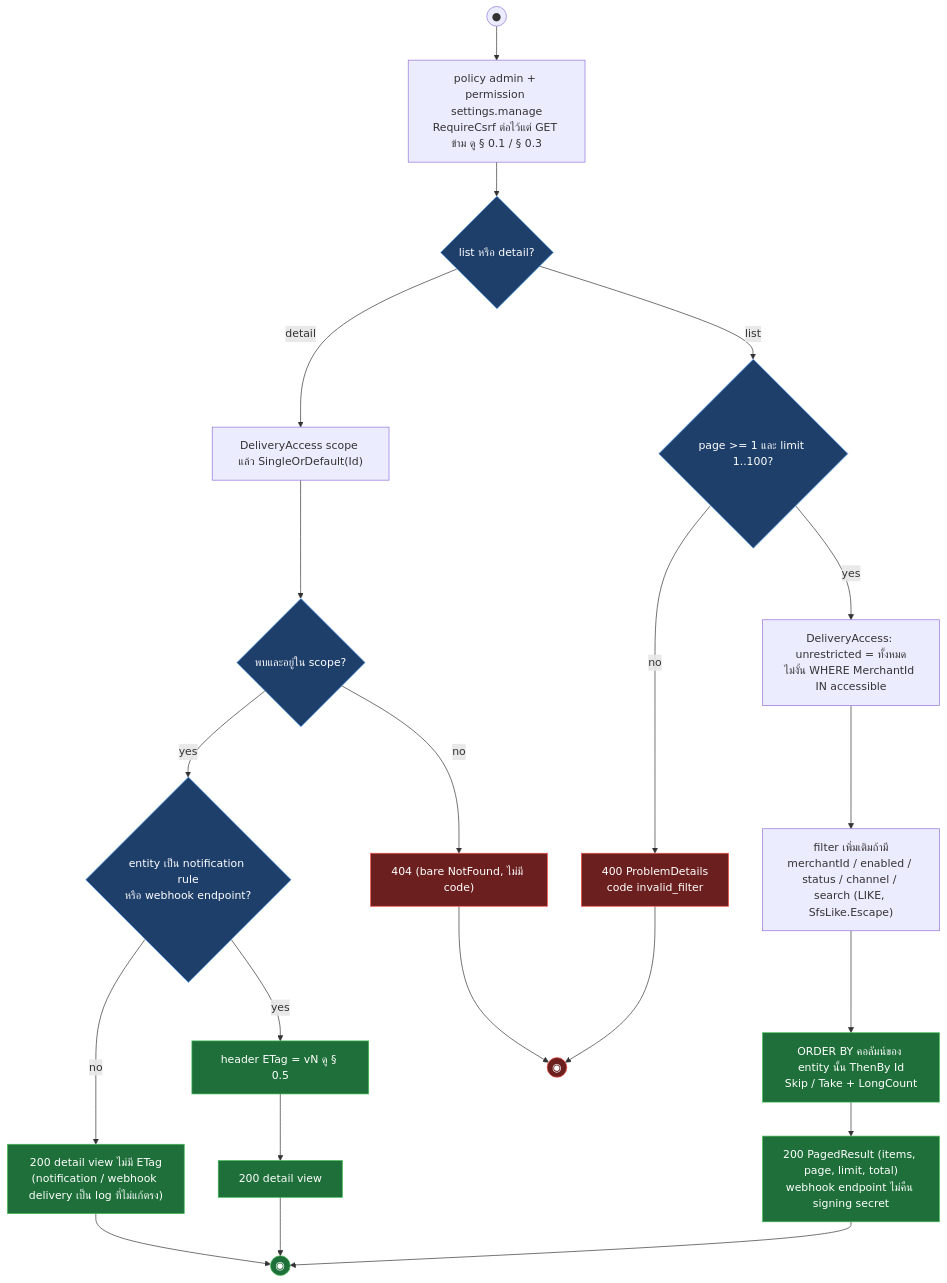
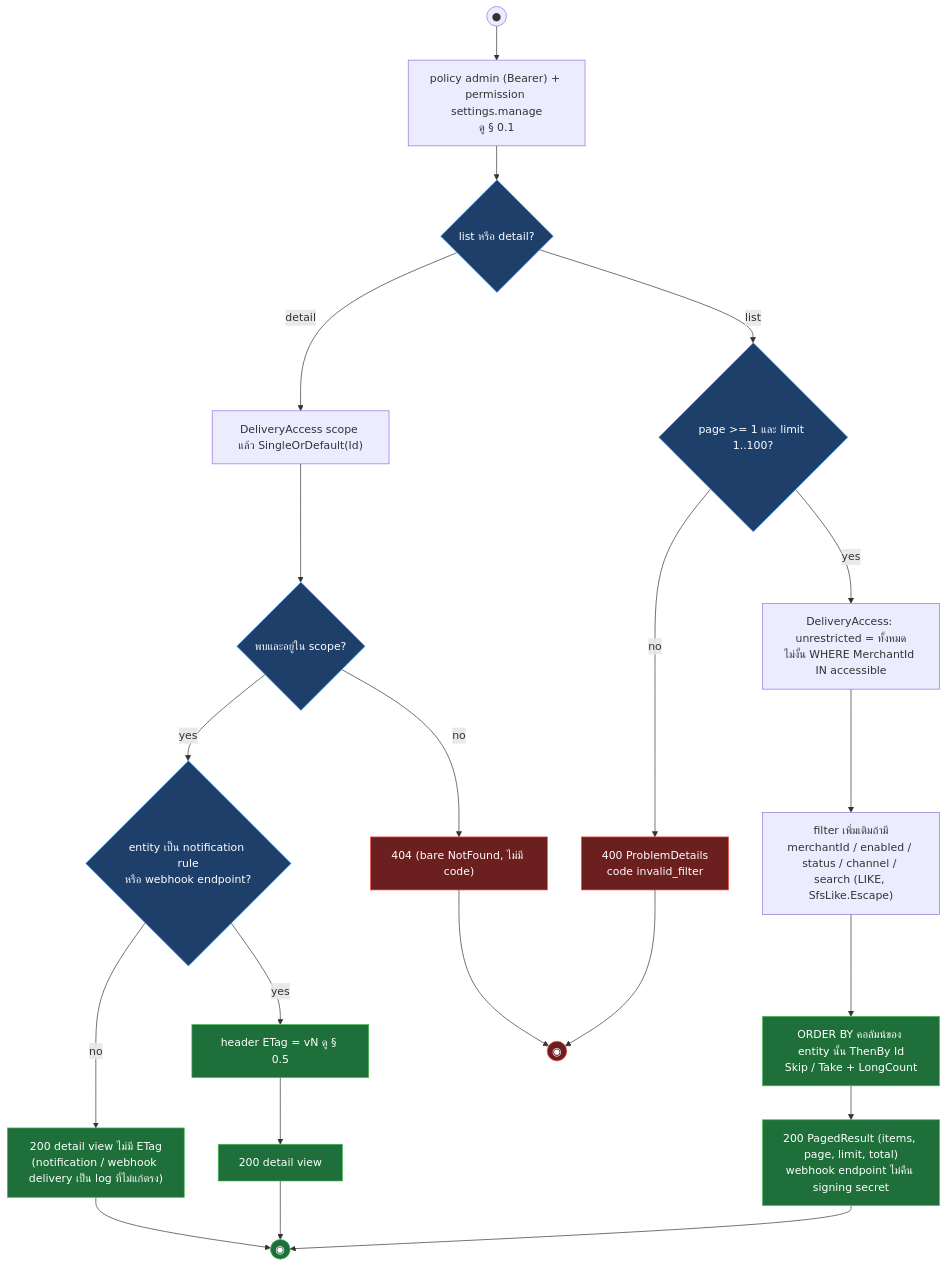
Before and after one commit to metrodiesign/pol-core: the first of 9 diagrams in outputs/diagrams/2026-09-14_api-endpoints_v1/13-notifications-outbound-webhooks.activities.md, drawn with Mermaid. The commit also changed other lines of this file and 42 other files, not shown here.

First line of the commit message:
docs: align reference docs and the API diagram set with the Bearer-only admin plane

````diff
--- a/outputs/diagrams/2026-09-14_api-endpoints_v1/13-notifications-outbound-webhooks.activities.md
+++ b/outputs/diagrams/2026-09-14_api-endpoints_v1/13-notifications-outbound-webhooks.activities.md
@@ -25,30 +25,30 @@
 ```mermaid
 flowchart TD
-    START((●)) --> GATE["policy admin + permission settings.manage<br/>RequireCsrf ต่อไว้แต่ GET ข้าม ดู § 0.1 / § 0.3"]
+    START((●)) --> GATE["policy admin (Bearer) + permission settings.manage<br/>ดู § 0.1"]
     GATE --> KIND{"list หรือ detail?"}
     KIND -->|list| FILTER{"page >= 1 และ limit 1..100?"}
     FILTER -->|no| R400["400 ProblemDetails<br/>code invalid_filter"]
     FILTER -->|yes| SCOPE_L["DeliveryAccess: unrestricted = ทั้งหมด<br/>ไม่งั้น WHERE MerchantId IN accessible"]
     SCOPE_L --> OPT["filter เพิ่มเติมถ้ามี<br/>merchantId / enabled / status / channel / search (LIKE, SfsLike.Escape)"]
     OPT --> QUERY["ORDER BY คอลัมน์ของ entity นั้น ThenBy Id<br/>Skip / Take + LongCount"]
     QUERY --> R200_L["200 PagedResult (items, page, limit, total)<br/>webhook endpoint ไม่คืน signing secret"]
     KIND -->|detail| SCOPE_D["DeliveryAccess scope แล้ว SingleOrDefault(Id)"]
     SCOPE_D --> FOUND{"พบและอยู่ใน scope?"}
     FOUND -->|no| R404["404 (bare NotFound, ไม่มี code)"]
     FOUND -->|yes| ETAGQ{"entity เป็น notification rule<br/>หรือ webhook endpoint?"}
     ETAGQ -->|yes| ETAG["header ETag = vN ดู § 0.5"]
     ETAG --> R200_D["200 detail view"]
     ETAGQ -->|no| R200_D2["200 detail view ไม่มี ETag<br/>(notification / webhook delivery เป็น log ที่ไม่แก้ตรง)"]
     R200_L --> END_S((◉))
     R200_D --> END_S
     R200_D2 --> END_S
     R400 --> END_F((◉))
     R404 --> END_F
 
     classDef ok fill:#1f6f3a,stroke:#3fb950,color:#fff
     classDef fail fill:#6b1f1f,stroke:#f85149,color:#fff
     classDef gate fill:#1f3f6b,stroke:#58a6ff,color:#fff
     class QUERY,R200_L,ETAG,R200_D,R200_D2,END_S ok
     class R400,R404,END_F fail
     class KIND,FILTER,FOUND,ETAGQ gate
 ```
````
